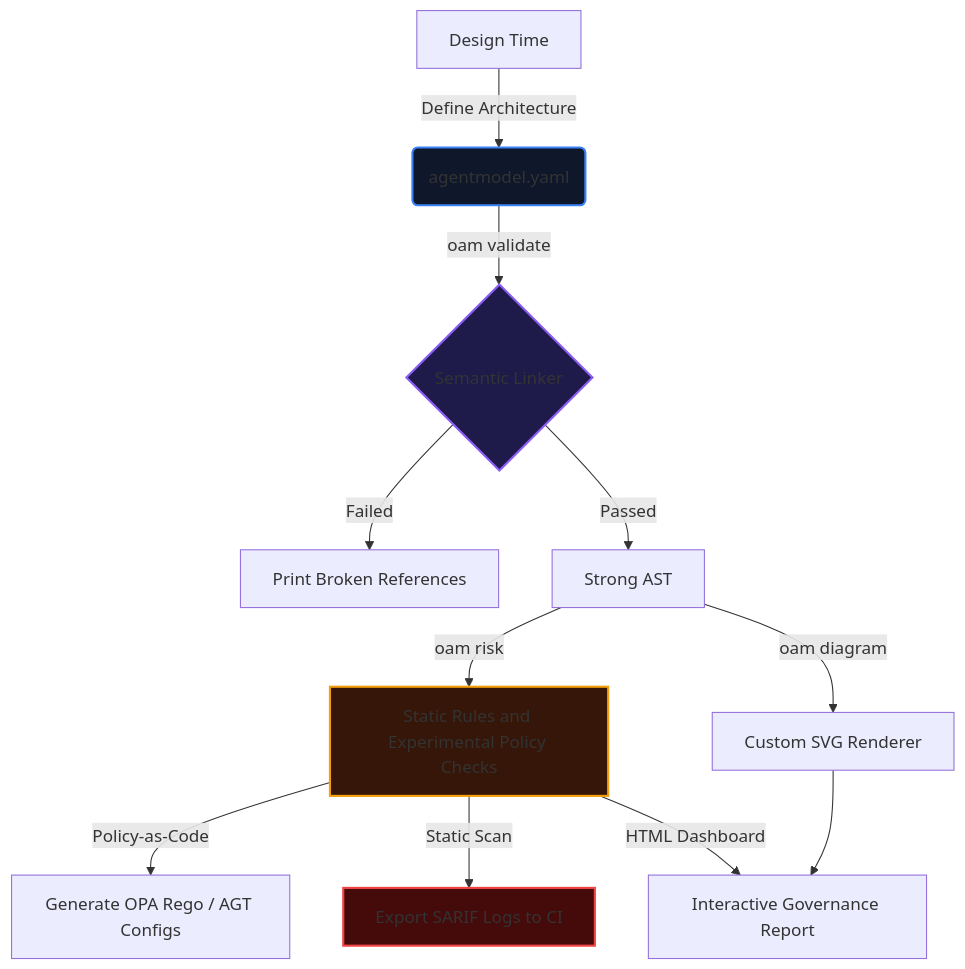
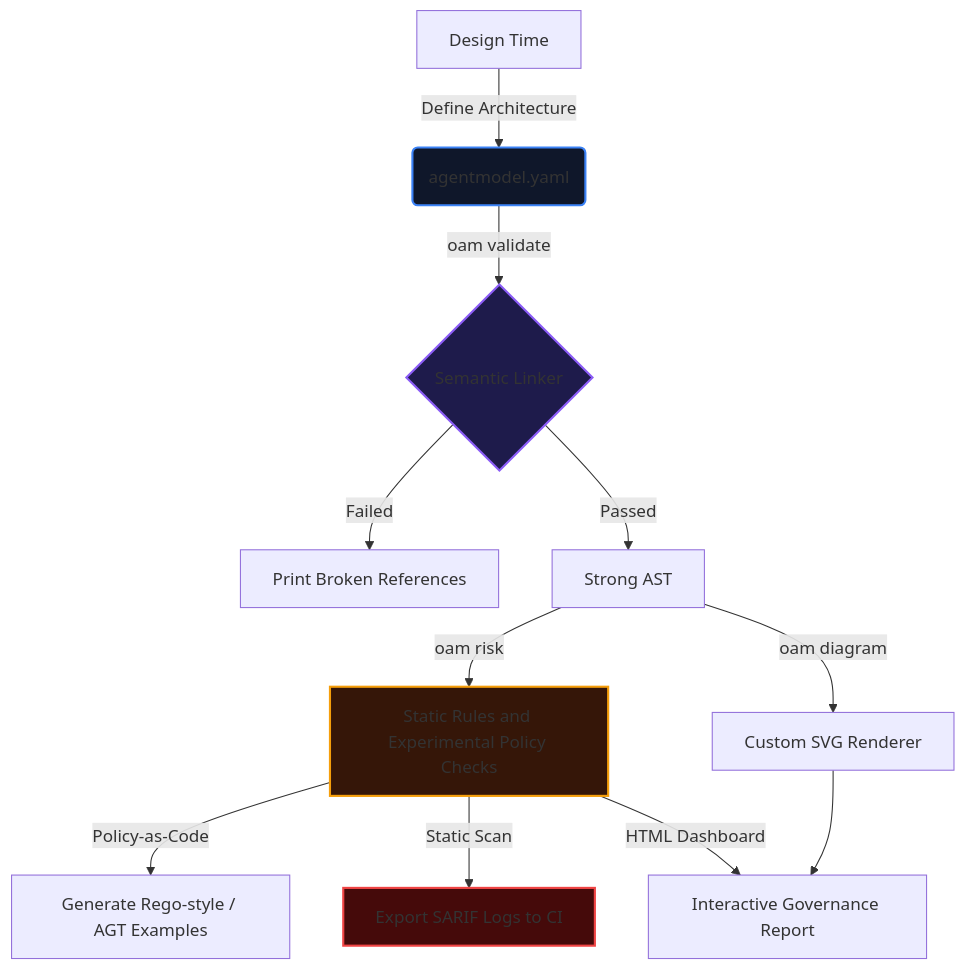
Before and after one commit to yashitkumarsingh/open-agent-model: the first of 2 diagrams in docs/concepts.md, drawn with Mermaid. The commit also changed 18 other files, not shown here.

````diff
--- a/docs/concepts.md
+++ b/docs/concepts.md
@@ -13,18 +13,18 @@
 ```mermaid
 graph TD
   A[Design Time] -->|Define Architecture| B(agentmodel.yaml)
   B -->|oam validate| C{Semantic Linker}
   C -->|Failed| D[Print Broken References]
   C -->|Passed| E[Strong AST]
   E -->|oam risk| F[Static Rules and Experimental Policy Checks]
   E -->|oam diagram| G[Custom SVG Renderer]
-  F -->|Policy-as-Code| H[Generate OPA Rego / AGT Configs]
+  F -->|Policy-as-Code| H[Generate Rego-style / AGT Examples]
   F -->|Static Scan| I[Export SARIF Logs to CI]
   F -->|HTML Dashboard| J[Interactive Governance Report]
   G --> J
   
   style B fill:#0f172a,stroke:#3b82f6,stroke-width:2px
   style C fill:#1e1b4b,stroke:#8b5cf6,stroke-width:2px
   style F fill:#351608,stroke:#f59e0b,stroke-width:2px
   style I fill:#450a0a,stroke:#ef4444,stroke-width:2px
 ```
````
